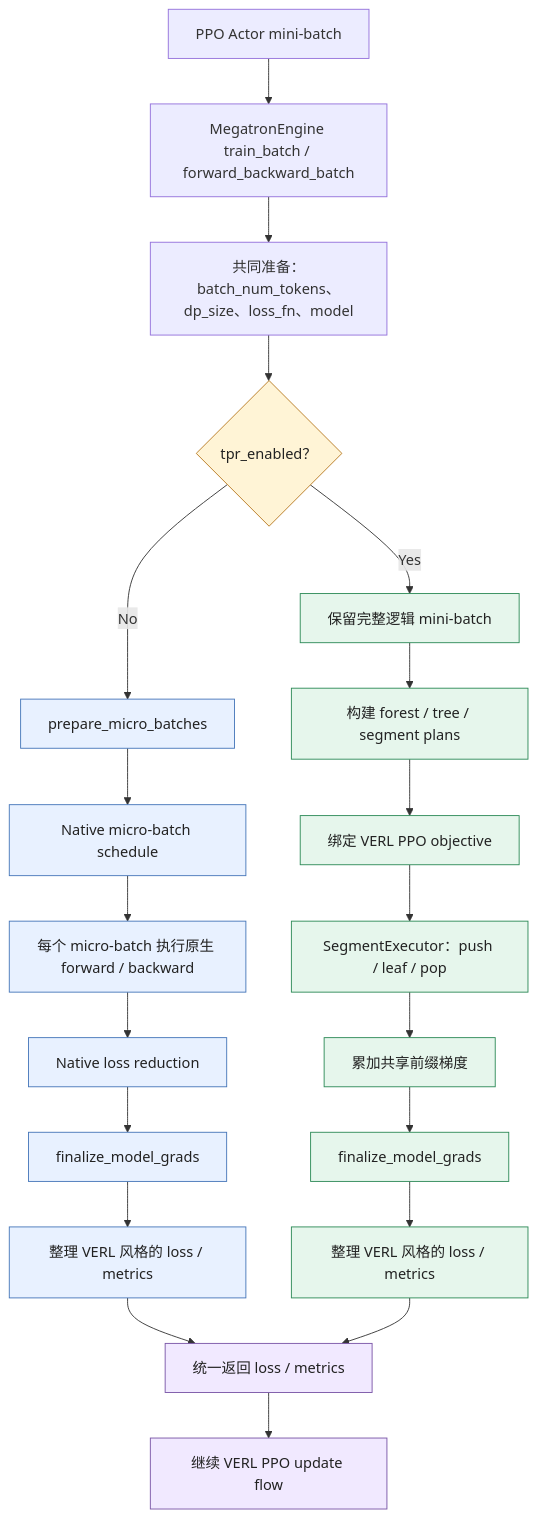
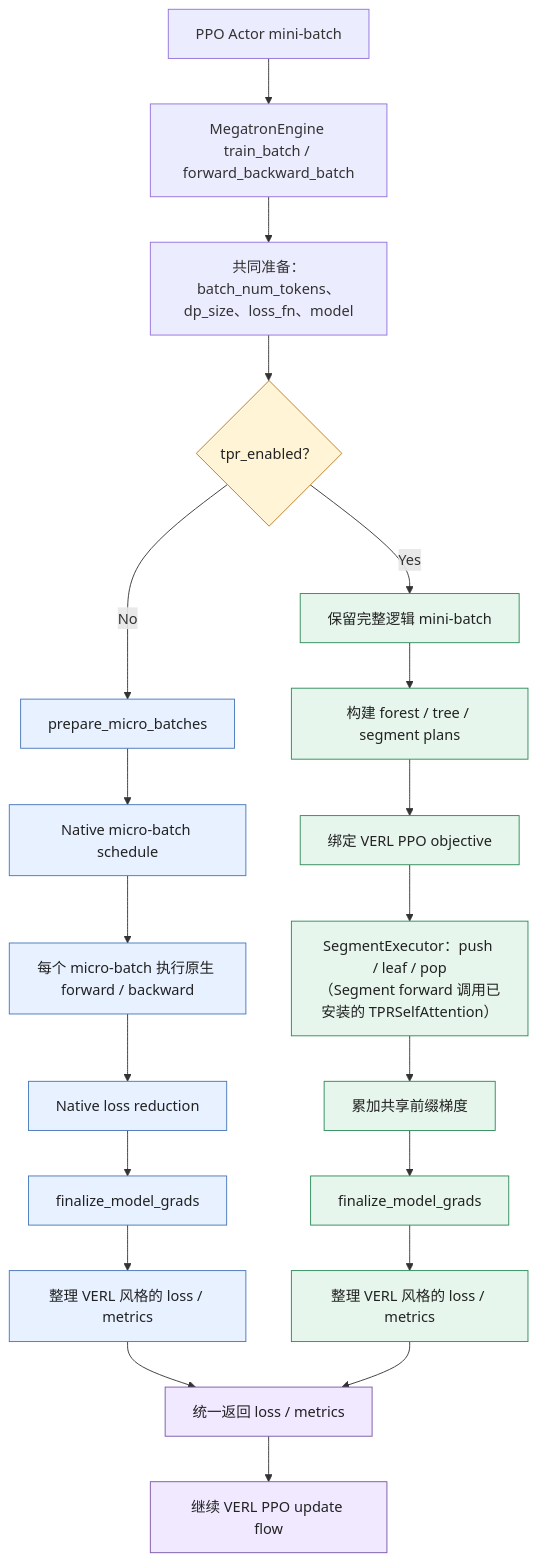
The diagram in tpr/ARCHITECTURE.md (1903943257/verl-tpr-recipe-dev), drawn with Mermaid before and after one commit. The commit also changed other lines of this file, not shown here.

Commit message:
docs(tpr): explain SelfAttention ModuleSpec replacement

````diff
--- a/tpr/ARCHITECTURE.md
+++ b/tpr/ARCHITECTURE.md
@@ -83,34 +95,34 @@
 ```mermaid
 flowchart TD
     A["PPO Actor mini-batch"] --> B["MegatronEngine train_batch / forward_backward_batch"]
     B --> C["共同准备：batch_num_tokens、dp_size、loss_fn、model"]
     C --> D{"tpr_enabled？"}
 
     D -- "No" --> N1["prepare_micro_batches"]
     N1 --> N2["Native micro-batch schedule"]
     N2 --> N3["每个 micro-batch 执行原生 forward / backward"]
     N3 --> N4["Native loss reduction"]
     N4 --> N5["finalize_model_grads"]
     N5 --> N6["整理 VERL 风格的 loss / metrics"]
 
     D -- "Yes" --> T1["保留完整逻辑 mini-batch"]
     T1 --> T2["构建 forest / tree / segment plans"]
     T2 --> T3["绑定 VERL PPO objective"]
-    T3 --> T4["SegmentExecutor：push / leaf / pop"]
+    T3 --> T4["SegmentExecutor：push / leaf / pop\n（Segment forward 调用已安装的 TPRSelfAttention）"]
     T4 --> T5["累加共享前缀梯度"]
     T5 --> T6["finalize_model_grads"]
     T6 --> T7["整理 VERL 风格的 loss / metrics"]
 
     N6 --> J["统一返回 loss / metrics"]
     T7 --> J
     J --> K["继续 VERL PPO update flow"]
 
     classDef fork fill:#fff4d6,stroke:#b7791f,color:#222;
     classDef native fill:#e8f1ff,stroke:#4676b9,color:#222;
     classDef tpr fill:#e6f6ec,stroke:#2d8a57,color:#222;
     classDef join fill:#f1e9ff,stroke:#7955a6,color:#222;
     class D fork;
     class N1,N2,N3,N4,N5,N6 native;
     class T1,T2,T3,T4,T5,T6,T7 tpr;
     class J,K join;
 ```
````
